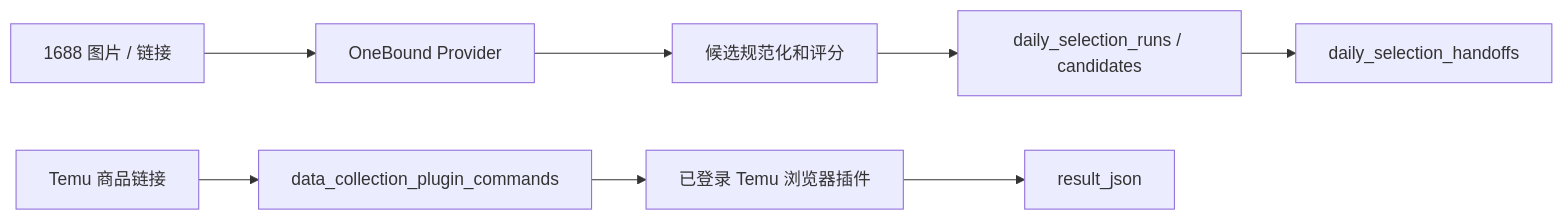
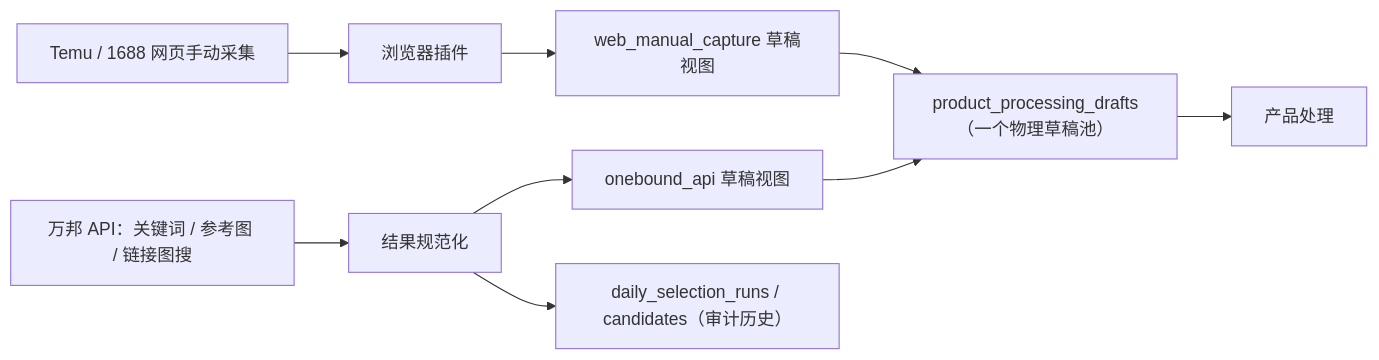
Before and after one commit to lcdzrstgpy/MainPG: the diagram in local-runtime/wh_local/data_collection/README.md, drawn with Mermaid. The commit also changed other lines of this file, not shown here.

Commit message:
docs: describe daily collection draft pools

````diff
--- a/local-runtime/wh_local/data_collection/README.md
+++ b/local-runtime/wh_local/data_collection/README.md
@@ -22,6 +31,9 @@
 ```mermaid
 flowchart LR
-  A["1688 图片 / 链接"] --> B["OneBound Provider"] --> C["候选规范化和评分"] --> D["daily_selection_runs / candidates"]
-  E["Temu 商品链接"] --> F["data_collection_plugin_commands"] --> G["已登录 Temu 浏览器插件"] --> H["result_json"]
-  D --> I["daily_selection_handoffs"]
+  A["Temu / 1688 网页手动采集"] --> B["浏览器插件"] --> C["web_manual_capture 草稿视图"]
+  D["万邦 API：关键词 / 参考图 / 链接图搜"] --> E["结果规范化"] --> F["onebound_api 草稿视图"]
+  E --> G["daily_selection_runs / candidates（审计历史）"]
+  C --> H["product_processing_drafts（一个物理草稿池）"]
+  F --> H
+  H --> I["产品处理"]
 ```
````
